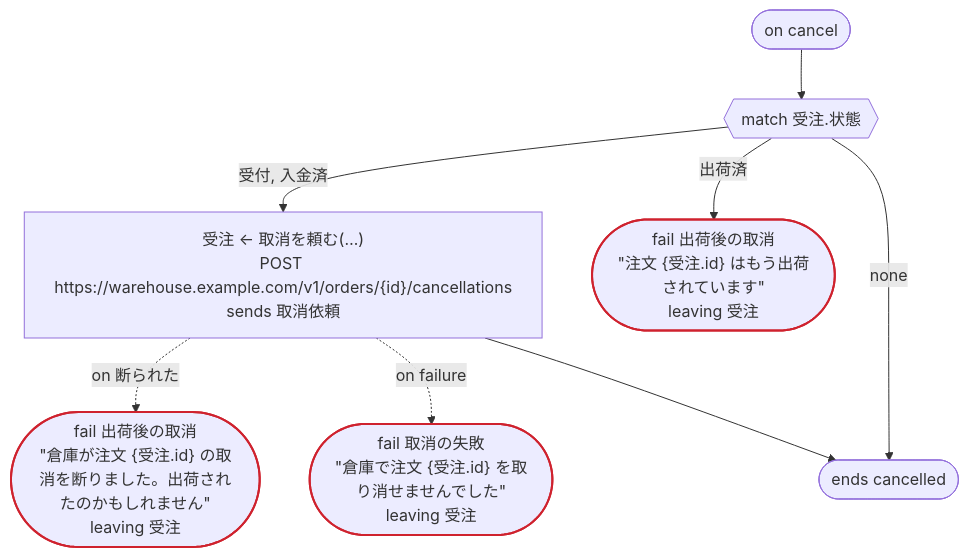
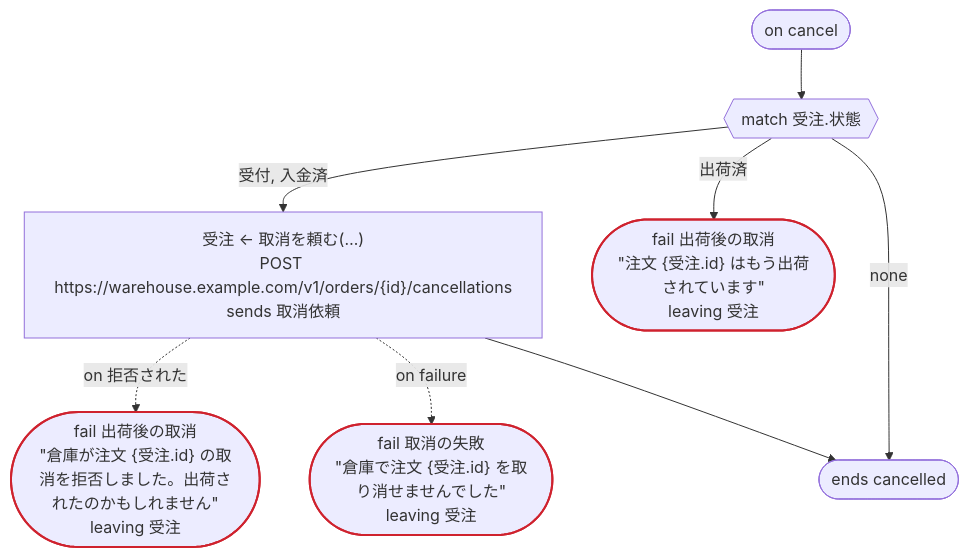
One commit to i2y/ritsu changed the third of 4 diagrams in crates/dandori/tests/doc/examples-order-temporal-order-ja.en.md. Above: the diagram before and after it, drawn with Mermaid. The commit also changed other lines of this file and 523 other files, not shown here.

````diff
--- a/crates/dandori/tests/doc/examples-order-temporal-order-ja.en.md
+++ b/crates/dandori/tests/doc/examples-order-temporal-order-ja.en.md
@@ -88,20 +88,20 @@
 ```mermaid
 flowchart TD
     onc(["on cancel"])
     s28{{"match 受注.状態"}}
     s30["受注 ← 取消を頼む(…)<br>POST https://warehouse.example.com/v1/orders/{id}/cancellations<br>sends 取消依頼"]
-    s31(["fail 出荷後の取消<br>#quot;倉庫が注文 {受注.id} の取消を断りました。出荷されたのかもしれません#quot;<br>leaving 受注"])
+    s31(["fail 出荷後の取消<br>#quot;倉庫が注文 {受注.id} の取消を拒否しました。出荷されたのかもしれません#quot;<br>leaving 受注"])
     s32(["fail 取消の失敗<br>#quot;倉庫で注文 {受注.id} を取り消せませんでした#quot;<br>leaving 受注"])
     s33(["fail 出荷後の取消<br>#quot;注文 {受注.id} はもう出荷されています#quot;<br>leaving 受注"])
     oncEnd(["ends cancelled"])
     onc --> s28
     s28 -->|"受付, 入金済"| s30
-    s30 -.->|"on 断られた"| s31
+    s30 -.->|"on 拒否された"| s31
     s30 -.->|"on failure"| s32
     s28 -->|"出荷済"| s33
     s28 -->|"none"| oncEnd
     s30 --> oncEnd
     classDef ok stroke:#2da44e,stroke-width:2px
     classDef bad stroke:#cf222e,stroke-width:2px
     class s31,s32,s33 bad
 ```
````
